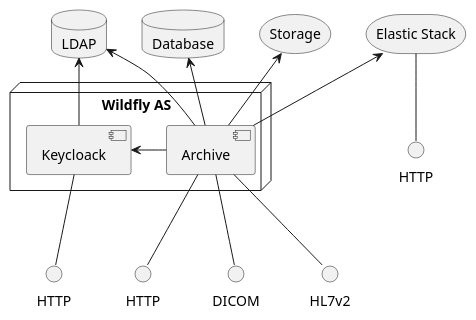
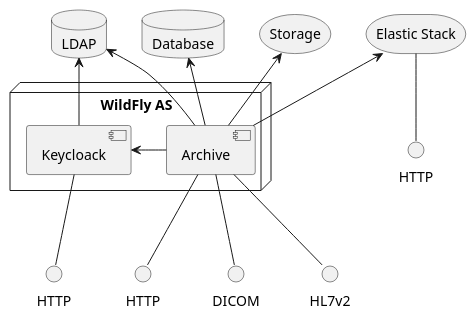
Before and after one commit to dcm4che/dcm4chee-arc-cs: the diagram in docs/networking/model/components.puml, drawn with PlantUML. The commit also changed 2 other files, not shown here.

Commit message:
Wildfly -> WildFly

```diff
--- a/docs/networking/model/components.puml
+++ b/docs/networking/model/components.puml
@@ -1,25 +1,25 @@
 @startuml
 skinparam componentStyle uml2
 database LDAP
 database Database as db
 storage Storage
-node "Wildfly AS" {
+node "WildFly AS" {
 [Archive] as arc
 [Keycloack] as kc
 }
 storage "Elastic Stack" as elk
 () HTTP as http1
 () HTTP as http2
 () HTTP as http3
 LDAP <-- kc
 kc -- http1
 LDAP <-- arc
 db <-- arc
 Storage <-- arc
 kc <- arc
 arc -- DICOM
 arc -- HL7v2
 arc -- http2
 elk <-- arc
 elk -- http3
 @enduml
```
